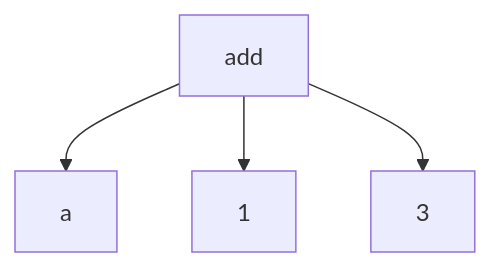
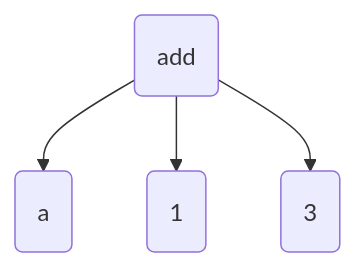
Before and after one commit to pengvyn/kavpix-code: diagram 13 of 35 in src/essays/number-tree/essay.md, drawn with Mermaid. The commit also changed other lines of this file and 1 other file, not shown here.

````diff
--- a/src/essays/number-tree/essay.md
+++ b/src/essays/number-tree/essay.md
@@ -129,6 +131,6 @@
 ```mermaid
     graph TD;
-        add --> a;
-        add --> 1;
-        add --> 3;
+        add(add) --> a(a);
+        add --> 1(1);
+        add --> 3(3);
 ```
````
